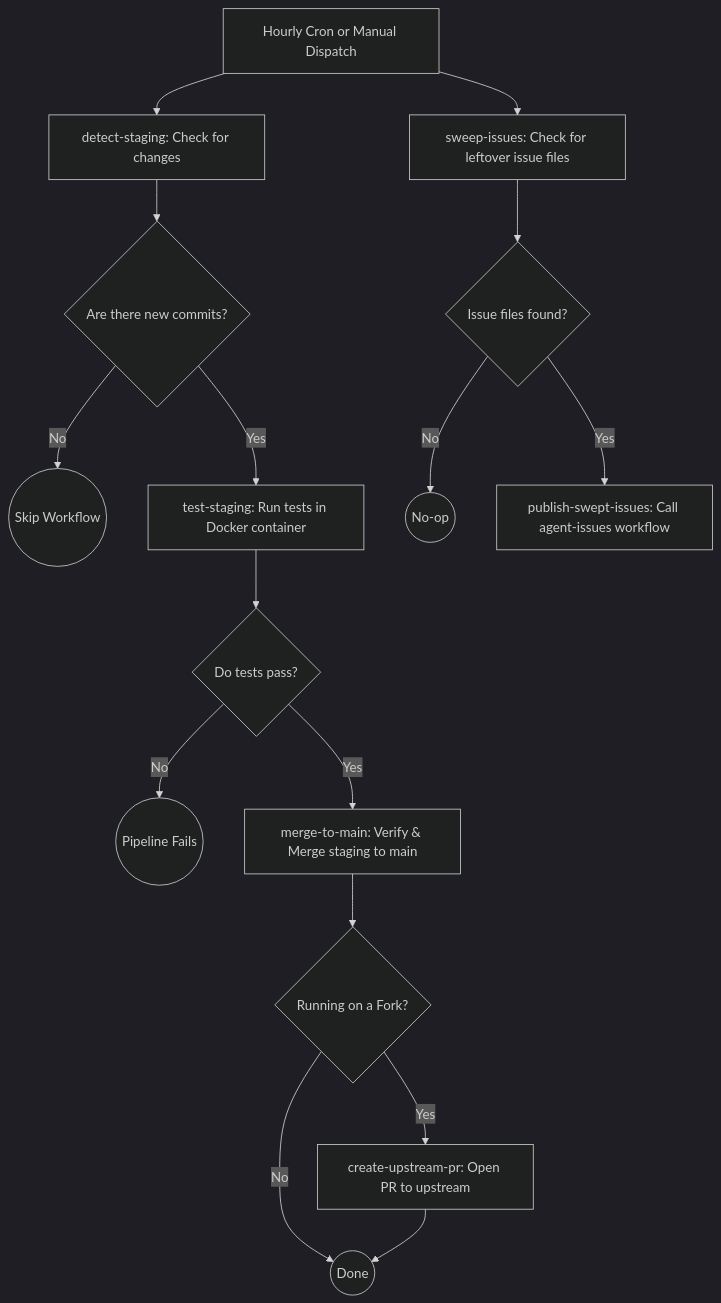
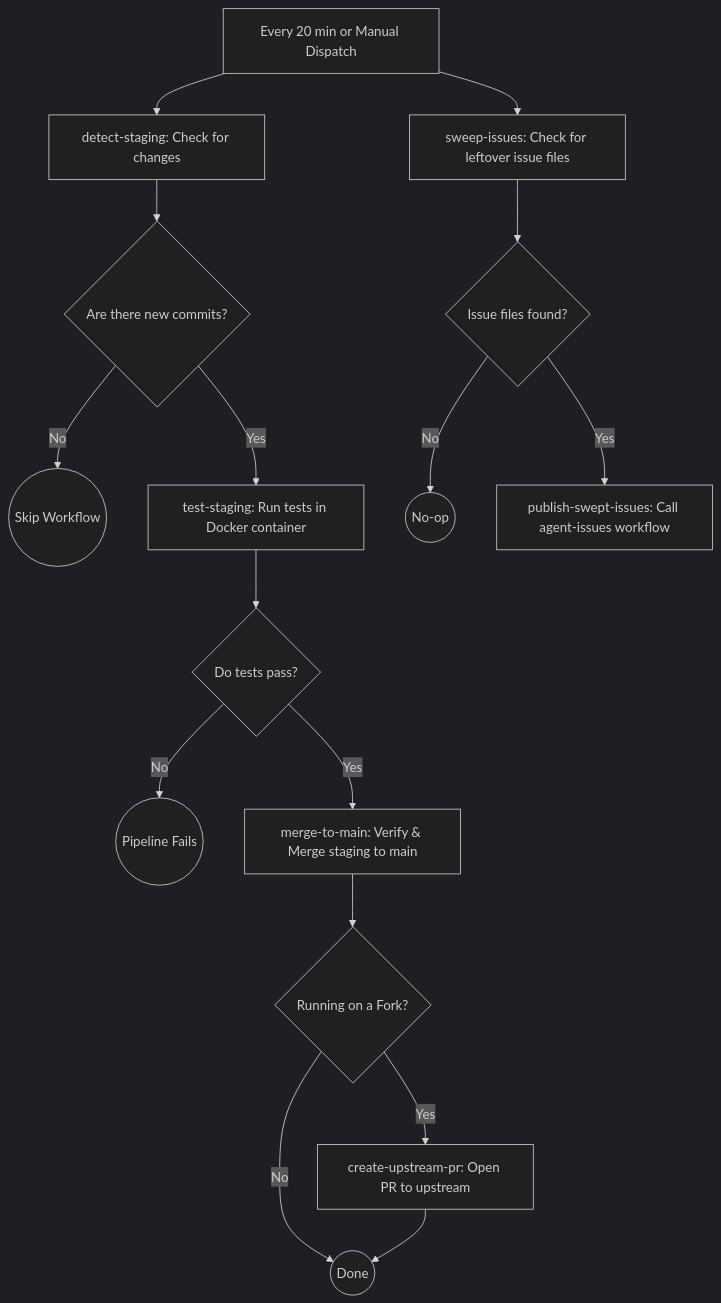
Before and after one commit to LokiMetaSmith/keystone-polyphony: the second of 5 diagrams in docs/ci-cd.md, drawn with Mermaid (dark theme). The commit also changed other lines of this file and 3 other files, not shown here.

````diff
--- a/docs/ci-cd.md
+++ b/docs/ci-cd.md
@@ -29,18 +29,18 @@
 ```mermaid
 graph TD
-    A[Hourly Cron or Manual Dispatch] --> B[detect-staging: Check for changes]
+    A[Every 20 min or Manual Dispatch] --> B[detect-staging: Check for changes]
     A --> S[sweep-issues: Check for leftover issue files]
     B --> C{Are there new commits?}
     C -- No --> Skip((Skip Workflow))
     C -- Yes --> D[test-staging: Run tests in Docker container]
     D --> E{Do tests pass?}
     E -- No --> Fail((Pipeline Fails))
     E -- Yes --> F[merge-to-main: Verify & Merge staging to main]
     F --> G{Running on a Fork?}
     G -- No --> End((Done))
     G -- Yes --> H[create-upstream-pr: Open PR to upstream]
     H --> End
     S --> T{Issue files found?}
     T -- No --> Skip2((No-op))
     T -- Yes --> U[publish-swept-issues: Call agent-issues workflow]
 ```
````
